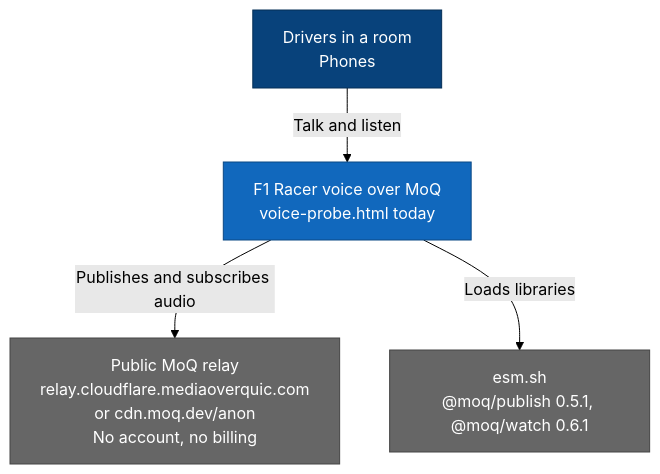
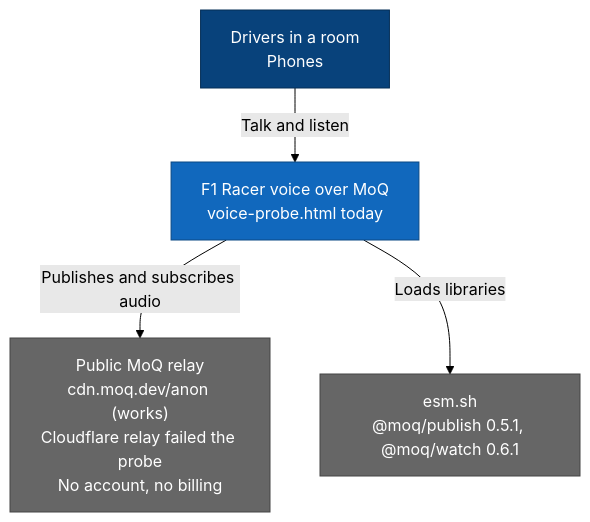
One commit to ottobit/f1-racer changed the sixth of 9 diagrams in llm-wiki/wiki/f1-racer/c4-voice.md. Above: the diagram before and after it, drawn with Mermaid (forest theme). The commit also changed other lines of this file and 10 other files, not shown here.

First line of the commit message:
Record MoQ probe result (moq.dev only) and close voice C4 cycle

````diff
--- a/llm-wiki/wiki/f1-racer/c4-voice.md
+++ b/llm-wiki/wiki/f1-racer/c4-voice.md
@@ -157,15 +158,15 @@
 ```mermaid
 flowchart TB
   drivers["Drivers in a room<br/>Phones"]:::person
   f1["F1 Racer voice over MoQ<br/>voice-probe.html today"]:::container
-  relay["Public MoQ relay<br/>relay.cloudflare.mediaoverquic.com<br/>or cdn.moq.dev/anon<br/>No account, no billing"]:::external
+  relay["Public MoQ relay<br/>cdn.moq.dev/anon (works)<br/>Cloudflare relay failed the probe<br/>No account, no billing"]:::external
   cdn["esm.sh<br/>@moq/publish 0.5.1, @moq/watch 0.6.1"]:::external
 
   drivers -->|"Talk and listen"| f1
   f1 -->|"Publishes and subscribes audio"| relay
   f1 -->|"Loads libraries"| cdn
 
   classDef person fill:#08427b,color:#fff,stroke:#052e56
   classDef container fill:#1168bd,color:#fff,stroke:#0b4884
   classDef external fill:#666,color:#fff,stroke:#444
 ```
````
